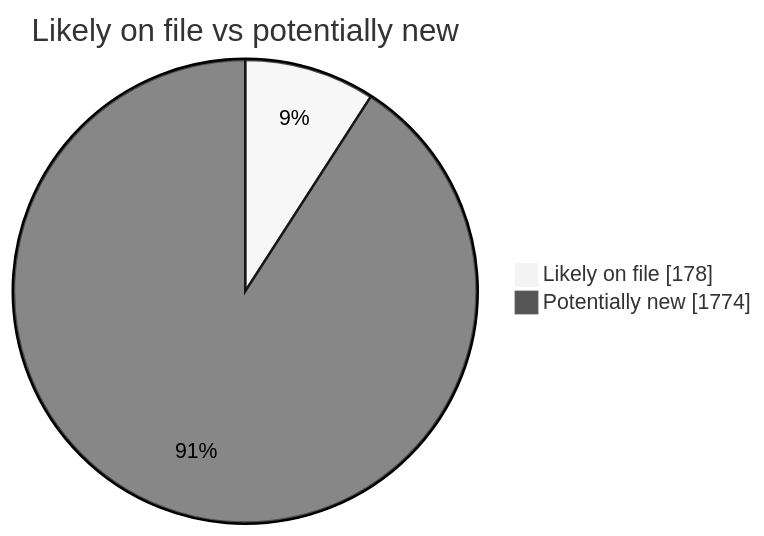
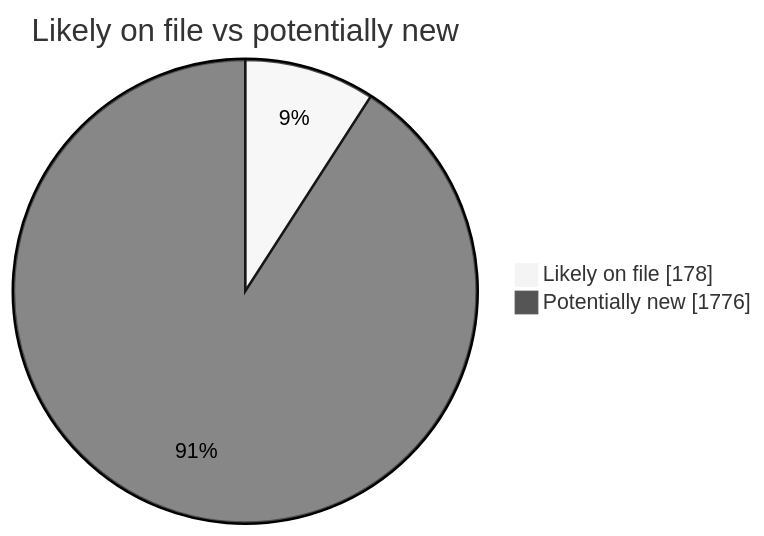
The second of 4 diagrams in README.md (martinbalfanz/social-scanner-reports), drawn with Mermaid (neutral theme) before and after one commit. The commit also changed other lines of this file and 4 other files, not shown here.

````diff
--- a/README.md
+++ b/README.md
@@ -40,5 +40,5 @@
 ```mermaid
 pie showData title Likely on file vs potentially new
     "Likely on file" : 178
-    "Potentially new" : 1774
+    "Potentially new" : 1776
 ```
````
